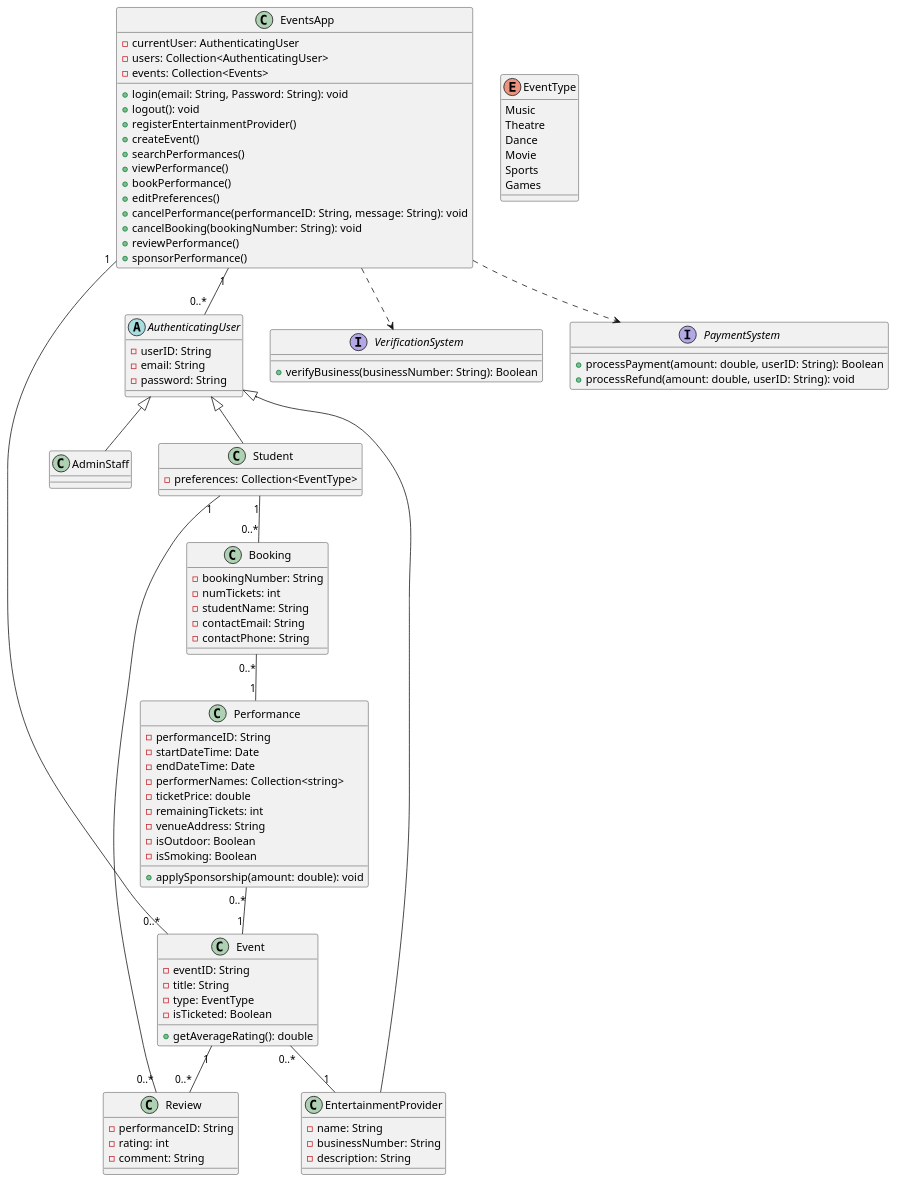
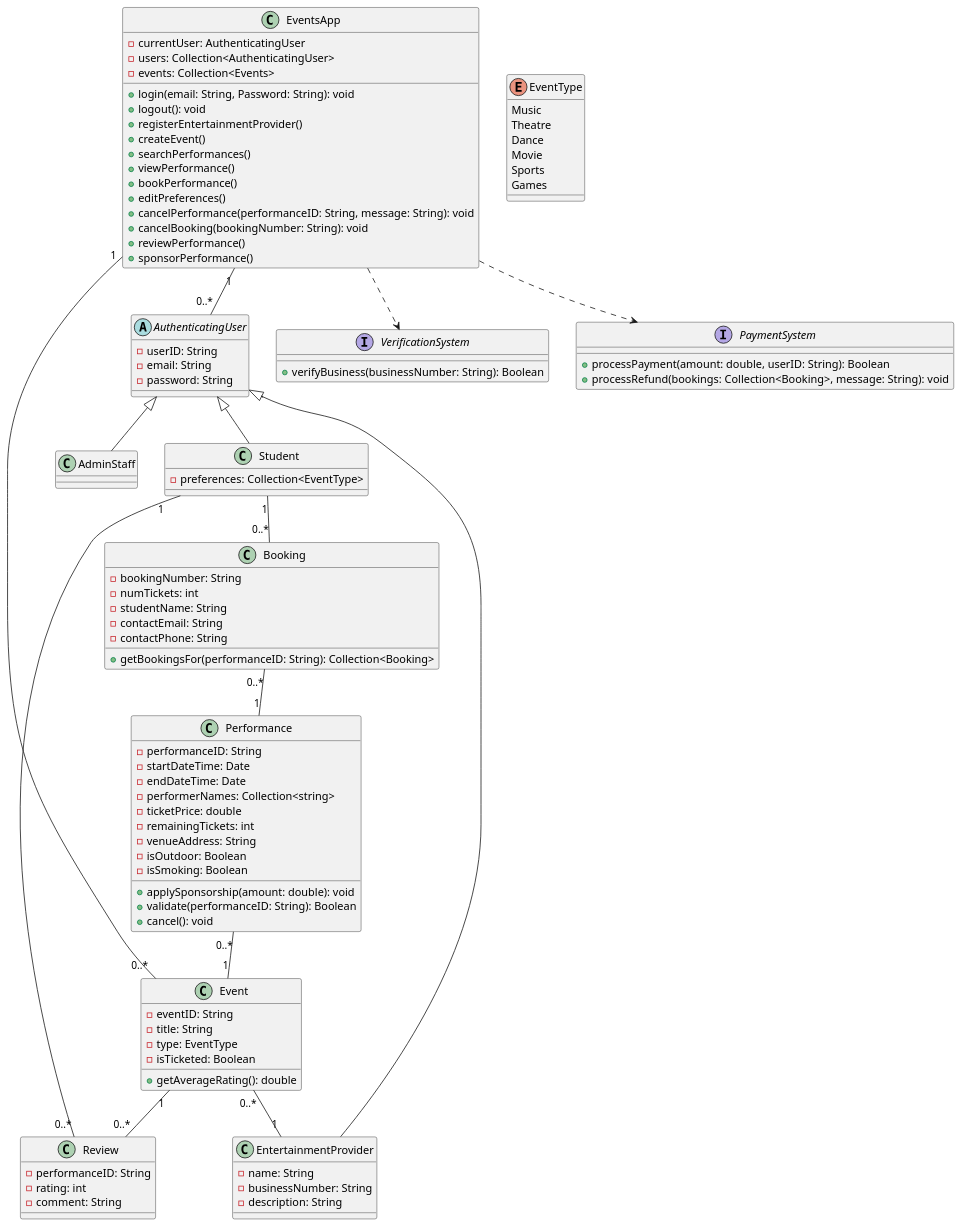
The diagram in CW2/Task2.puml (Kingjinsight/CourseWork), drawn with PlantUML before and after one commit. The commit also changed 3 other files, not shown here.

```diff
--- a/CW2/Task2.puml
+++ b/CW2/Task2.puml
@@ -1,114 +1,118 @@
 @startuml
 
 /'central controller
 currentUser used to distinguish user type, student or adminstaff or ep by access users
 '/
 class EventsApp {
     - currentUser: AuthenticatingUser 
     - users: Collection<AuthenticatingUser>
     - events: Collection<Events>
     + login(email: String, Password: String): void
     + logout(): void
     + registerEntertainmentProvider()
     + createEvent()
     + searchPerformances()
     + viewPerformance()
     + bookPerformance()
     + editPreferences()
     + cancelPerformance(performanceID: String, message: String): void
     + cancelBooking(bookingNumber: String): void
     + reviewPerformance()
     + sponsorPerformance()
+
 }
 
 abstract class AuthenticatingUser {
     - userID: String
     - email: String
     - password: String
 }
 
 class EntertainmentProvider {
     - name: String
     - businessNumber: String
     - description: String
 }
 
 class AdminStaff {
 }
 
 class Student {
     - preferences: Collection<EventType>
 }
 
 class Performance {
     - performanceID: String
     - startDateTime: Date
     - endDateTime: Date 
     - performerNames: Collection<string>
     - ticketPrice: double
     - remainingTickets: int
     - venueAddress: String 
     - isOutdoor: Boolean
     - isSmoking: Boolean
     + applySponsorship(amount: double): void
+    + validate(performanceID: String): Boolean
+    + cancel(): void
 }
 
 class Booking {
     - bookingNumber: String
     - numTickets: int
     - studentName: String
     - contactEmail: String
     - contactPhone: String
+    + getBookingsFor(performanceID: String): Collection<Booking>
 }
 
 class Review {
     - performanceID: String
     - rating: int
     - comment: String
 }
 
 class Event {
     - eventID: String
     - title: String
     - type: EventType
     - isTicketed: Boolean
     + getAverageRating(): double
 }
 
 interface VerificationSystem {
     + verifyBusiness(businessNumber: String): Boolean
 }
 
 interface PaymentSystem {
     + processPayment(amount: double, userID: String): Boolean
-    + processRefund(amount: double, userID: String): void
+    + processRefund(bookings: Collection<Booking>, message: String): void
 }
 
 enum EventType {
    Music
    Theatre
    Dance
    Movie
    Sports
    Games
 }
 
 
 EventsApp "1" -- "0..*" AuthenticatingUser
 EventsApp "1" -- "0..*" Event
 EventsApp ..> PaymentSystem
 EventsApp ..> VerificationSystem
 
 AuthenticatingUser <|-- AdminStaff
 AuthenticatingUser <|-- EntertainmentProvider
 AuthenticatingUser <|-- Student
 
 Student "1" -- "0..*" Review
 Student "1" -- "0..*" Booking
 
 
 Booking "0..*" -- "1" Performance
 Performance "0..*" -- "1" Event
 Event "0..*" -- "1" EntertainmentProvider
 Event "1" -- "0..*" Review
 @enduml
```
